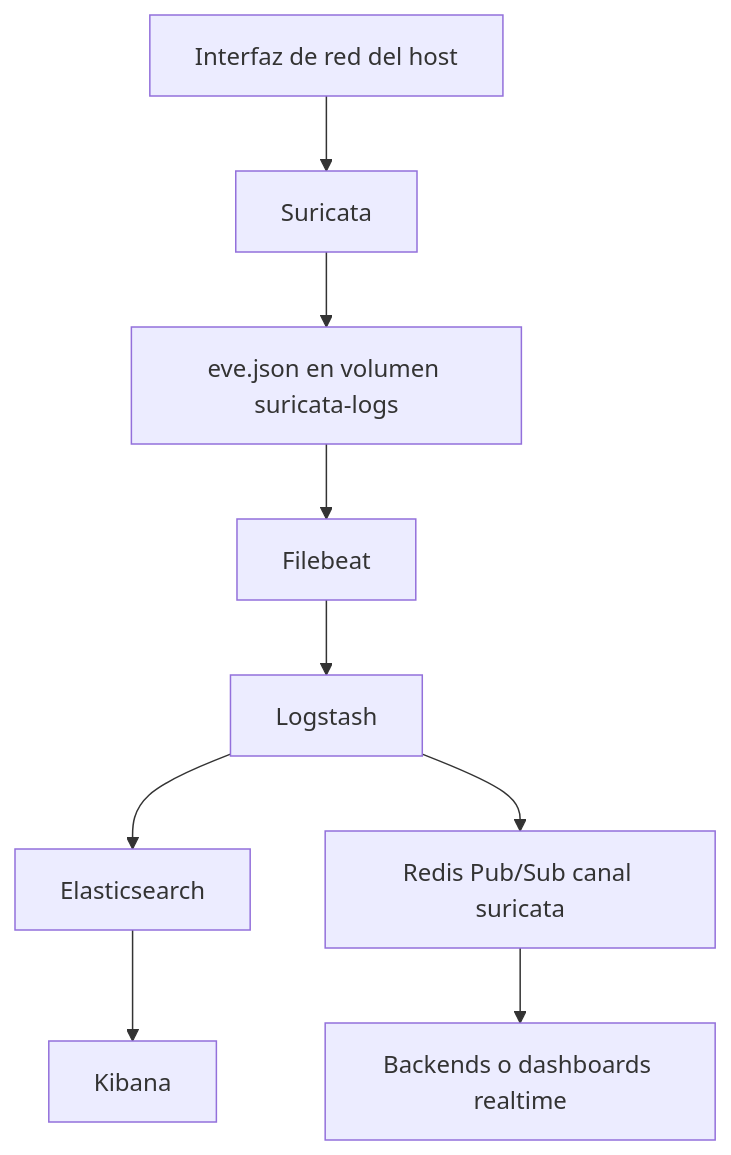
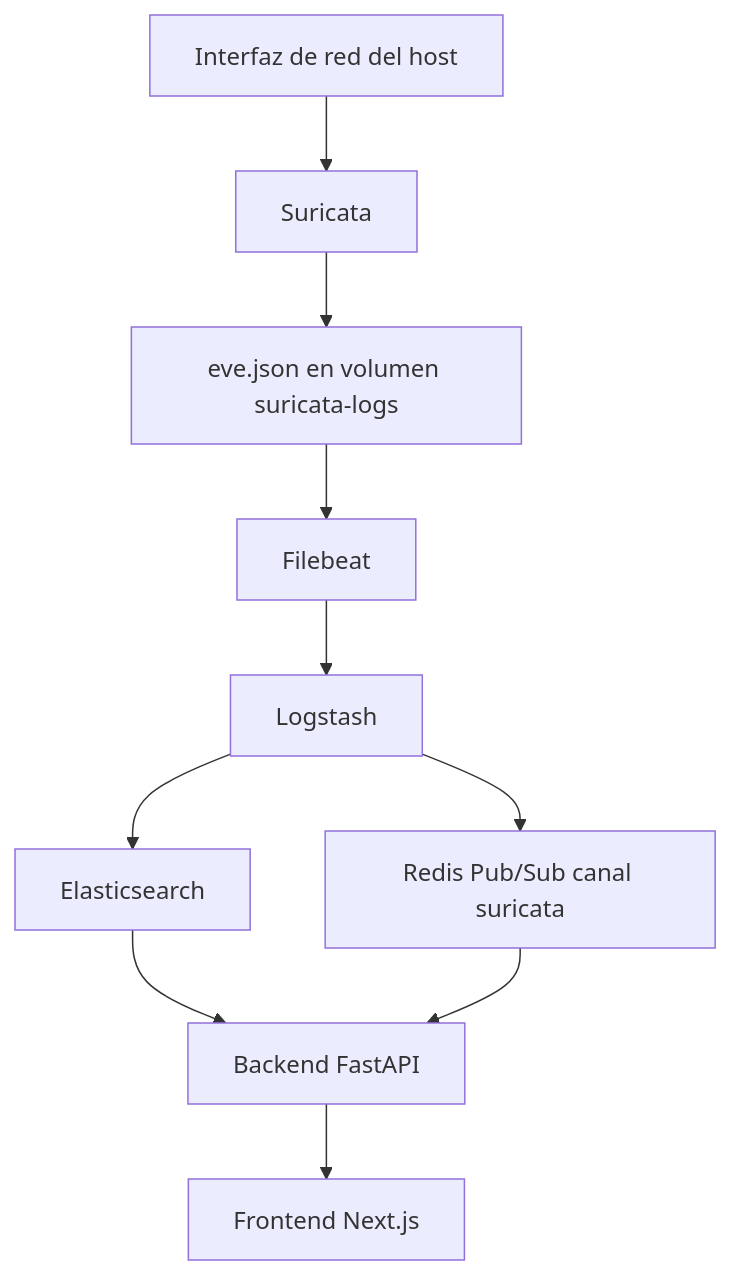
One commit to MauricioDMO/LPP0-P10-Sistema-Inteligente-de-Detecci-n-de-Intrusiones changed the diagram in Docs/01-Arquitectura/Arquitectura.md. Above: the diagram before and after it, drawn with Mermaid. The commit also changed other lines of this file and 15 other files, not shown here.

````diff
--- a/Docs/01-Arquitectura/Arquitectura.md
+++ b/Docs/01-Arquitectura/Arquitectura.md
@@ -31,11 +32,12 @@
 ```mermaid
 flowchart TD
     A[Interfaz de red del host] --> B[Suricata]
     B --> C[eve.json en volumen suricata-logs]
     C --> D[Filebeat]
     D --> E[Logstash]
     E --> F[Elasticsearch]
     E --> G[Redis Pub/Sub canal suricata]
-    F --> H[Kibana]
-    G --> I[Backends o dashboards realtime]
+    F --> H[Backend FastAPI]
+    G --> H
+    H --> I[Frontend Next.js]
 ```
````
